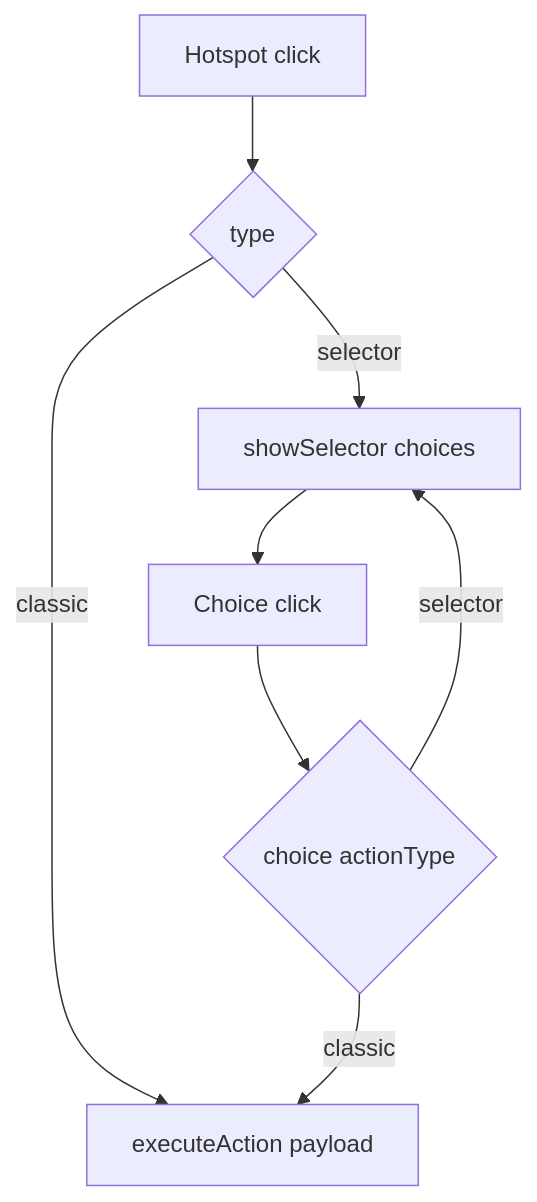
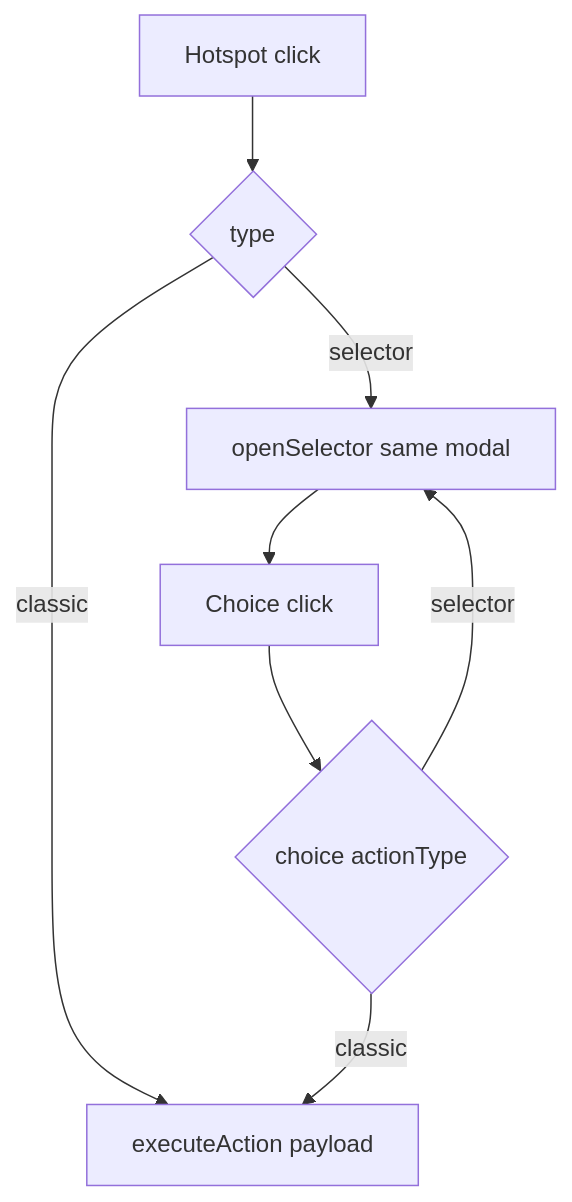
One commit to MentisVidus/escape-game-360-maker changed the second of 2 diagrams in docs/ARCHITECTURE.md. Above: the diagram before and after it, drawn with Mermaid. The commit also changed other lines of this file, not shown here.

First line of the commit message:
Update ARCHITECTURE.md

````diff
--- a/docs/ARCHITECTURE.md
+++ b/docs/ARCHITECTURE.md
@@ -146,10 +146,10 @@
 ```mermaid
 flowchart TD
     A[Hotspot click] --> B{type}
     B -->|classic| C[executeAction payload]
-    B -->|selector| D[showSelector choices]
+    B -->|selector| D[openSelector same modal]
     D --> E[Choice click]
     E --> F{choice actionType}
     F -->|classic| C
     F -->|selector| D
 ```
````
